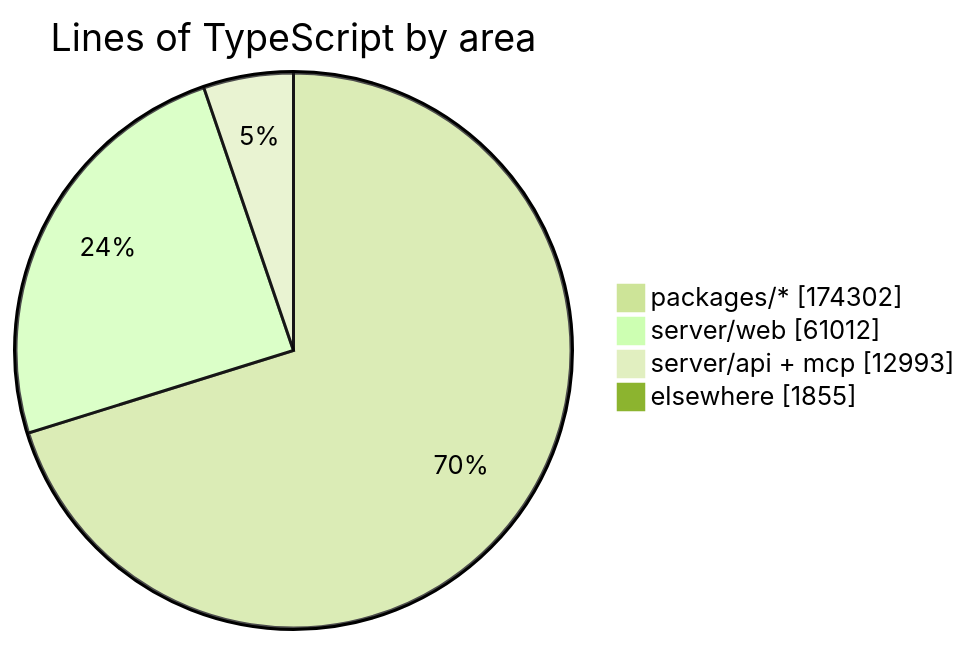
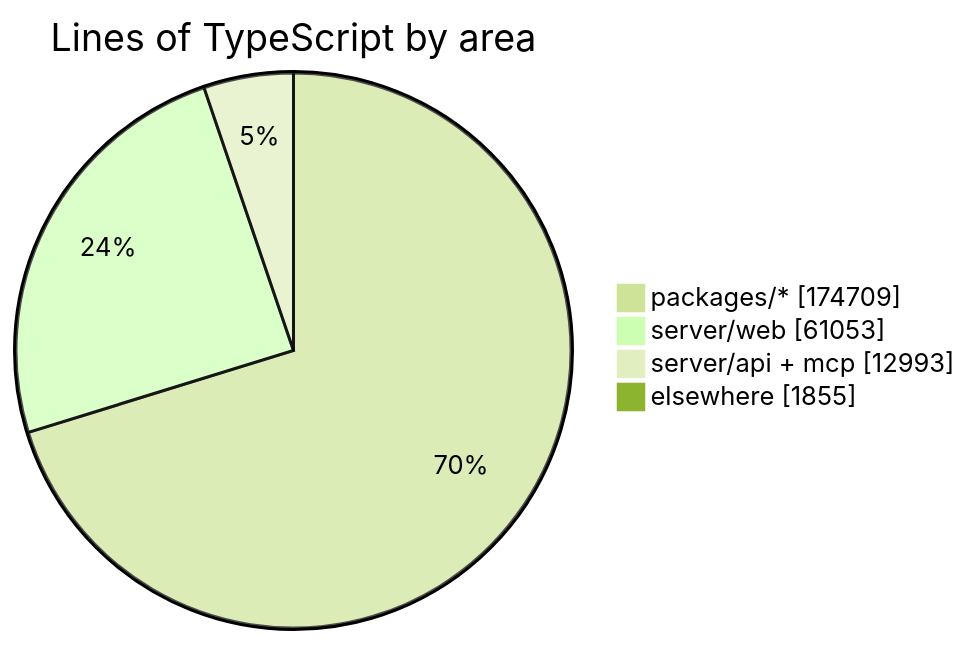
Before and after one commit to crossworks-engineering/mantle: the diagram in README.md, drawn with Mermaid (forest theme). The commit also changed other lines of this file and 2 other files, not shown here.

````diff
--- a/README.md
+++ b/README.md
@@ -279,7 +279,7 @@
 ```mermaid
 pie showData title Lines of TypeScript by area
-    "packages/*" : 174302
-    "server/web" : 61012
+    "packages/*" : 174709
+    "server/web" : 61053
     "server/api + mcp" : 12993
     "elsewhere" : 1855
 ```
````
